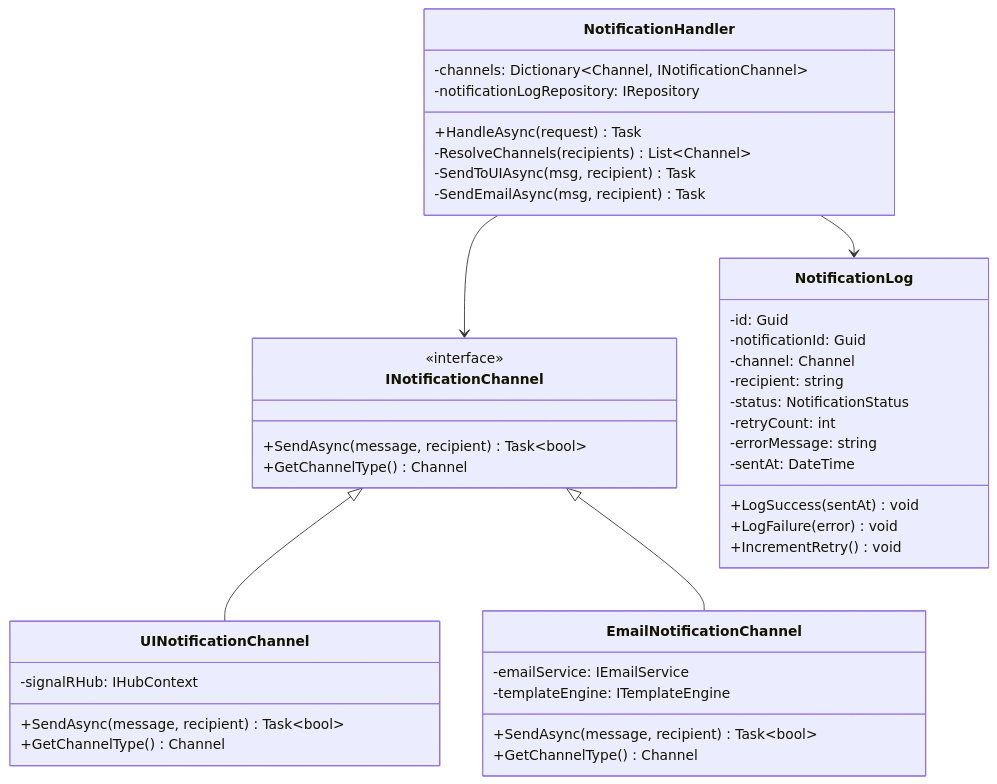
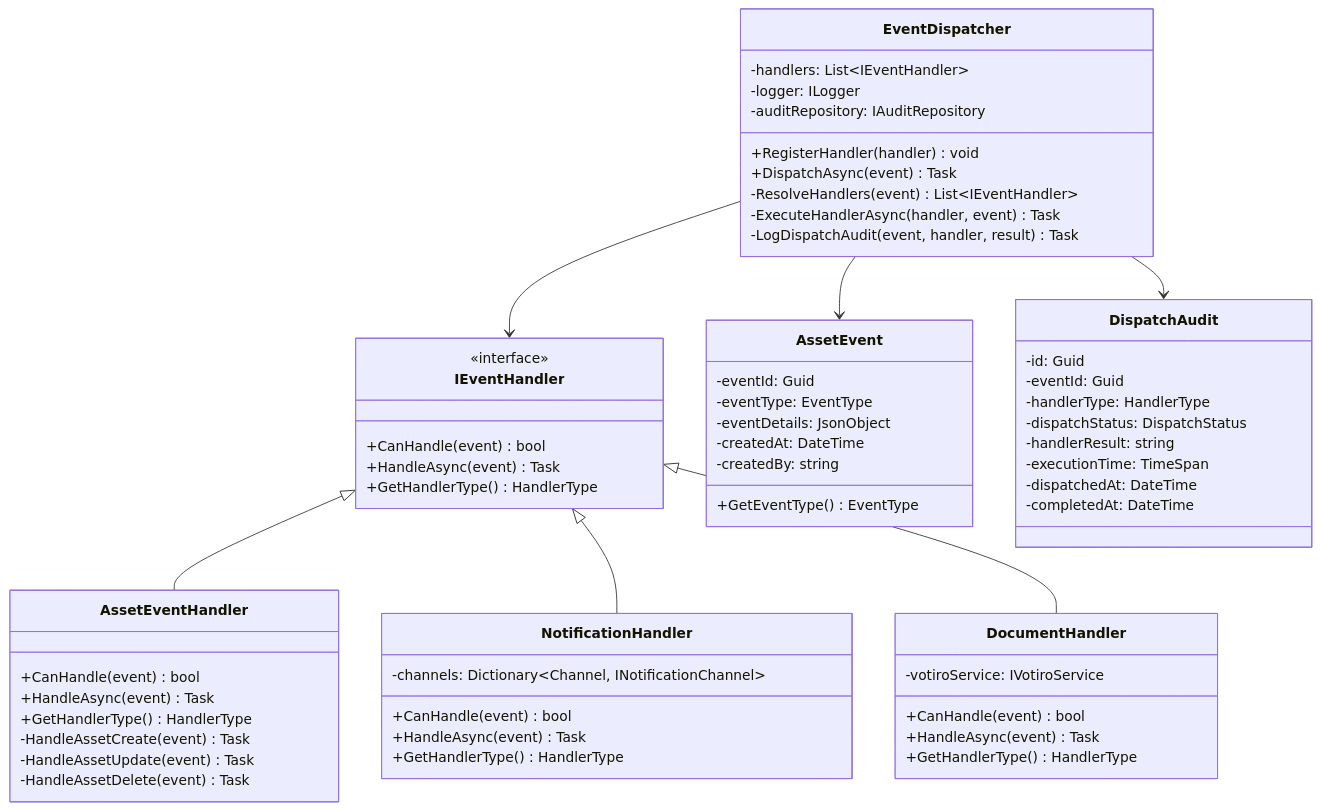
The third of 4 diagrams in asset-management/diagrams/03_Component_Class_Diagrams.md (arup-ghosh-maersk/cia-lld), drawn with Mermaid before and after one commit. The commit also changed other lines of this file, not shown here.

Commit message:
dispatcher

````diff
--- a/asset-management/diagrams/03_Component_Class_Diagrams.md
+++ b/asset-management/diagrams/03_Component_Class_Diagrams.md
@@ -151,49 +155,70 @@
 ```mermaid
 classDiagram
-    class NotificationHandler {
-        -channels: Dictionary~Channel, INotificationChannel~
-        -notificationLogRepository: IRepository
-        +HandleAsync(request) Task
-        -ResolveChannels(recipients) List~Channel~
-        -SendToUIAsync(msg, recipient) Task
-        -SendEmailAsync(msg, recipient) Task
+    class IEventHandler {
+        <<interface>>
+        +CanHandle(event) bool
+        +HandleAsync(event) Task
+        +GetHandlerType() HandlerType
     }
 
-    class INotificationChannel {
-        <<interface>>
-        +SendAsync(message, recipient) Task~bool~
-        +GetChannelType() Channel
+    class EventDispatcher {
+        -handlers: List~IEventHandler~
+        -logger: ILogger
+        -auditRepository: IAuditRepository
+        +RegisterHandler(handler) void
+        +DispatchAsync(event) Task
+        -ResolveHandlers(event) List~IEventHandler~
+        -ExecuteHandlerAsync(handler, event) Task
+        -LogDispatchAudit(event, handler, result) Task
     }
 
-    class UINotificationChannel {
-        -signalRHub: IHubContext
-        +SendAsync(message, recipient) Task~bool~
-        +GetChannelType() Channel
+    class AssetEventHandler {
+        +CanHandle(event) bool
+        +HandleAsync(event) Task
+        +GetHandlerType() HandlerType
+        -HandleAssetCreate(event) Task
+        -HandleAssetUpdate(event) Task
+        -HandleAssetDelete(event) Task
     }
 
-    class EmailNotificationChannel {
-        -emailService: IEmailService
-        -templateEngine: ITemplateEngine
-        +SendAsync(message, recipient) Task~bool~
-        +GetChannelType() Channel
+    class NotificationHandler {
+        +CanHandle(event) bool
+        +HandleAsync(event) Task
+        +GetHandlerType() HandlerType
+        -channels: Dictionary~Channel, INotificationChannel~
     }
 
-    class NotificationLog {
-        -id: Guid
-        -notificationId: Guid
-        -channel: Channel
-        -recipient: string
-        -status: NotificationStatus
-        -retryCount: int
-        -errorMessage: string
-        -sentAt: DateTime
-        +LogSuccess(sentAt) void
-        +LogFailure(error) void
-        +IncrementRetry() void
+    class DocumentHandler {
+        +CanHandle(event) bool
+        +HandleAsync(event) Task
+        +GetHandlerType() HandlerType
+        -votiroService: IVotiroService
     }
 
-    NotificationHandler --> INotificationChannel
-    INotificationChannel <|-- UINotificationChannel
-    INotificationChannel <|-- EmailNotificationChannel
-    NotificationHandler --> NotificationLog
+    class AssetEvent {
+        -eventId: Guid
+        -eventType: EventType
+        -eventDetails: JsonObject
+        -createdAt: DateTime
+        -createdBy: string
+        +GetEventType() EventType
+    }
+
+    class DispatchAudit {
+        -id: Guid
+        -eventId: Guid
+        -handlerType: HandlerType
+        -dispatchStatus: DispatchStatus
+        -handlerResult: string
+        -executionTime: TimeSpan
+        -dispatchedAt: DateTime
+        -completedAt: DateTime
+    }
+
+    EventDispatcher --> IEventHandler
+    IEventHandler <|-- AssetEventHandler
+    IEventHandler <|-- NotificationHandler
+    IEventHandler <|-- DocumentHandler
+    EventDispatcher --> AssetEvent
+    EventDispatcher --> DispatchAudit
 ```
````
